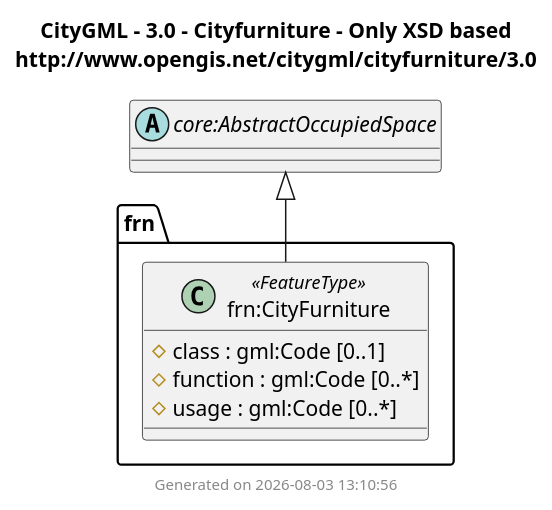
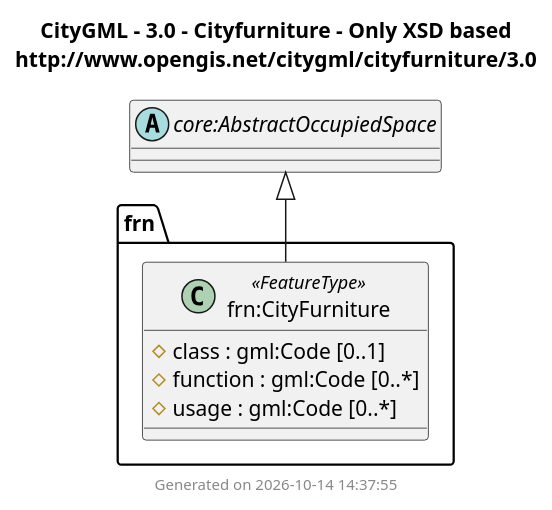
One commit to muratkendir/every-class changed the diagram in docs/output/CityGML/3.0/UMLClassDiagram/cityfurniture.puml. Above: the diagram before and after it, drawn with PlantUML. The commit also changed 39 other files, not shown here.

First line of the commit message:
Add xAL 3.0 suite, PlantUML namespace-safe aliases, inlined combined diagrams, and step 10 compilations

```diff
--- a/docs/output/CityGML/3.0/UMLClassDiagram/cityfurniture.puml
+++ b/docs/output/CityGML/3.0/UMLClassDiagram/cityfurniture.puml
@@ -1,46 +1,46 @@
 @startuml
 title
   CityGML - 3.0 - Cityfurniture - Only XSD based
   http://www.opengis.net/citygml/cityfurniture/3.0
 end title
 
 package frn {
-abstract class "frn:ADEOfCityFurniture" $adeOf
-class "frn:ADEOfCityFurnitureProperty" $property $adeOf {
+abstract class "frn:ADEOfCityFurniture" as frn_ADEOfCityFurniture $adeOf
+class "frn:ADEOfCityFurnitureProperty" as frn_ADEOfCityFurnitureProperty $property $adeOf {
   ADEOfCityFurniture : frn:ADEOfCityFurniture
 }
-class "frn:CityFurniture" <<FeatureType>> {
+class "frn:CityFurniture" as frn_CityFurniture <<FeatureType>> {
   # class : gml:Code [0..1]
   # function : gml:Code [0..*]
   # usage : gml:Code [0..*]
   ~ adeOfCityFurniture : frn:ADEOfCityFurniture [0..*]
 }
-class "frn:CityFurnitureProperty" $property {
+class "frn:CityFurnitureProperty" as frn_CityFurnitureProperty $property {
   CityFurniture : frn:CityFurniture
 }
 }
 
 ' External types (unresolved namespaces)
-abstract class "core:AbstractOccupiedSpace"
+abstract class "core:AbstractOccupiedSpace" as core_AbstractOccupiedSpace
 
-"core:AbstractOccupiedSpace" <|-- "frn:CityFurniture"
+"core_AbstractOccupiedSpace" <|-- "frn_CityFurniture"
 
 ' ADE hook classes are removed from rendering by default;
 ' remove the next line to show them.
 remove $adeOf
 
 ' Property pseudo-classes are removed from rendering by default;
 ' remove the next line to show them.
 remove $property
 
 ' ADE hook attributes are marked as package members (~ ) and
 ' hidden from rendering by default; remove the next line to show them.
 hide package members
 
 ' Attributes with value types from other namespaces are marked as
 ' protected members (# ) and shown by default; uncomment the next
 ' line to hide them.
 ' hide protected members
 
-footer Generated on 2026-08-03 13:10:56
+footer Generated on 2026-10-14 14:37:55
 @enduml
```
